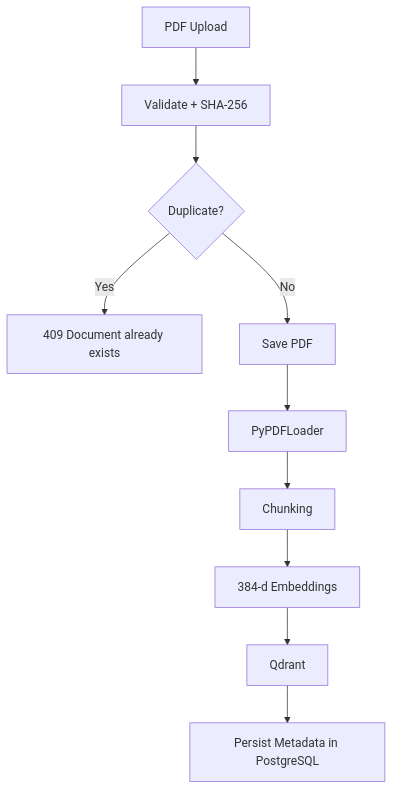
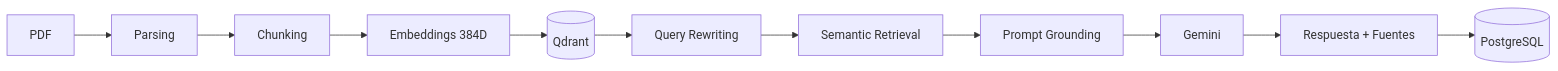
Before and after one commit to JohanMV/enterprise-rag-assistant: the first of 2 diagrams in README.md, drawn with Mermaid. The commit also changed other lines of this file and 7 other files, not shown here.

````diff
--- a/README.md
+++ b/README.md
@@ -87,12 +149,13 @@
 ```mermaid
-flowchart TD
-    A[PDF Upload] --> B[Validate + SHA-256]
-    B --> C{Duplicate?}
-    C -- Yes --> D[409 Document already exists]
-    C -- No --> E[Save PDF]
-    E --> F[PyPDFLoader]
-    F --> G[Chunking]
-    G --> H[384-d Embeddings]
-    H --> I[Qdrant]
-    I --> J[Persist Metadata in PostgreSQL]
+flowchart LR
+    A[PDF] --> B[Parsing]
+    B --> C[Chunking]
+    C --> D[Embeddings 384D]
+    D --> E[(Qdrant)]
+    E --> F[Query Rewriting]
+    F --> G[Semantic Retrieval]
+    G --> H[Prompt Grounding]
+    H --> I[Gemini]
+    I --> J[Respuesta + Fuentes]
+    J --> K[(PostgreSQL)]
 ```
````
